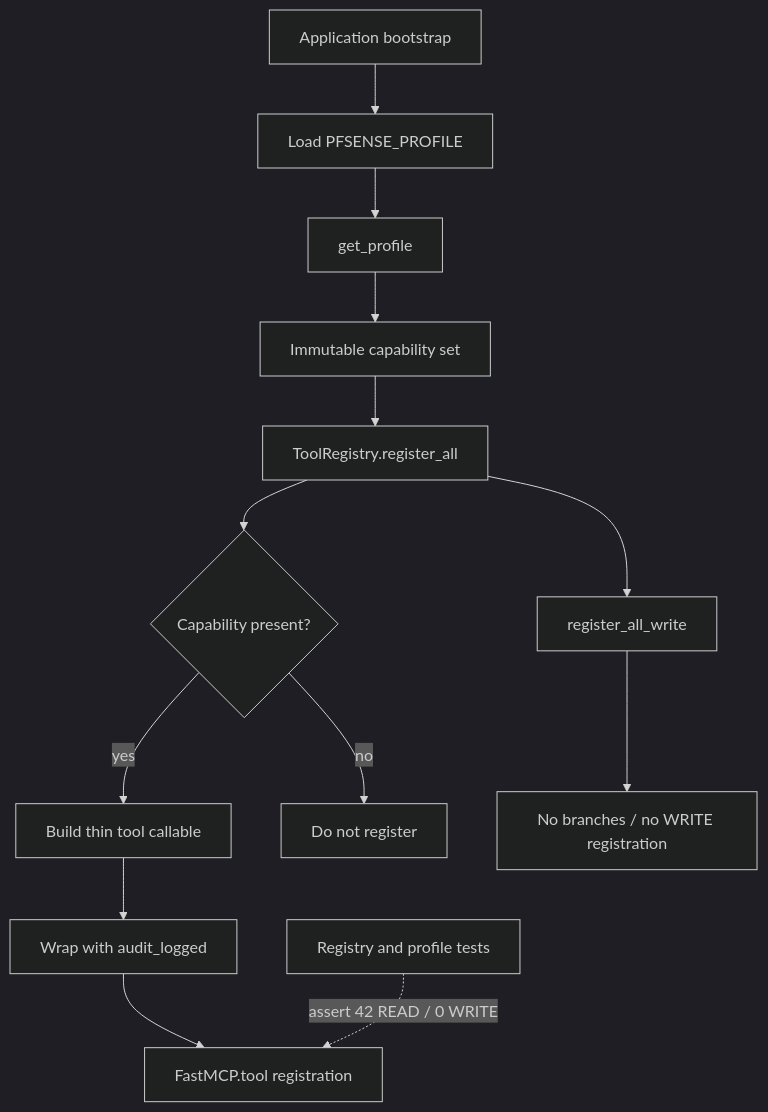
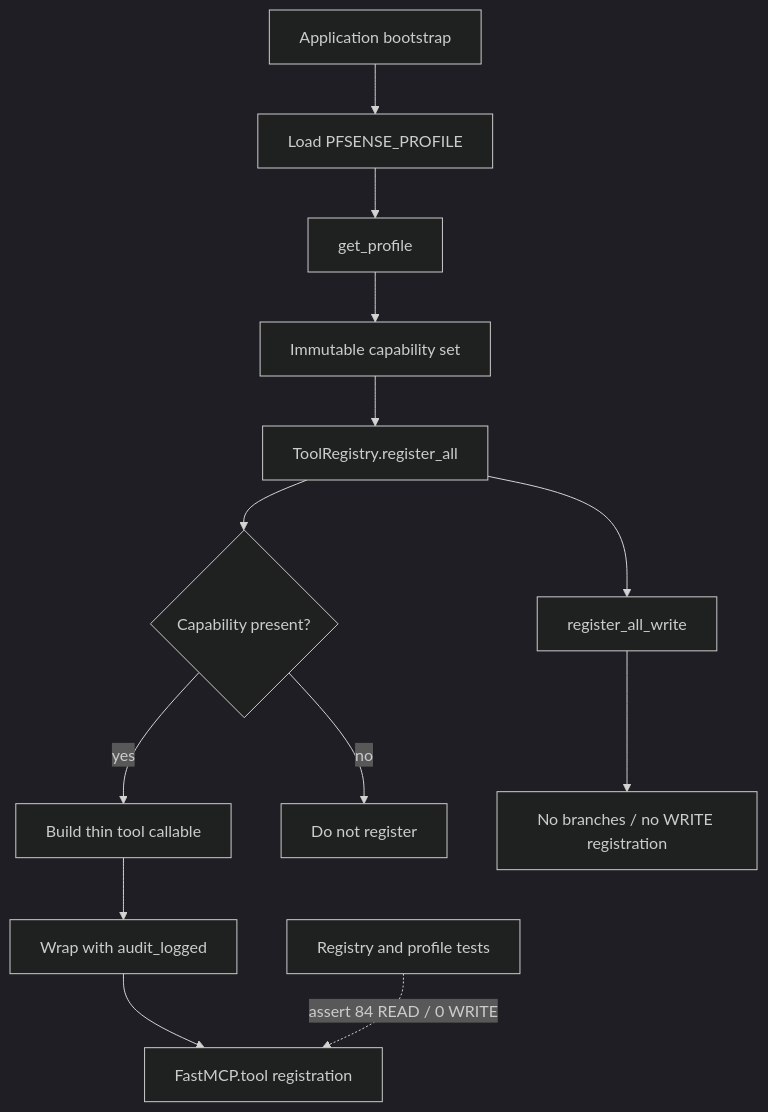
The third of 8 diagrams in docs/ARCHITECTURE_DIAGRAMS.md (night4me/pfsense-mcp-server), drawn with Mermaid (dark theme) before and after one commit. The commit also changed other lines of this file and 25 other files, not shown here.

````diff
--- a/docs/ARCHITECTURE_DIAGRAMS.md
+++ b/docs/ARCHITECTURE_DIAGRAMS.md
@@ -59,18 +59,18 @@
 ```mermaid
 flowchart TD
     Start[Application bootstrap] --> ProfileName[Load PFSENSE_PROFILE]
     ProfileName --> Profiles[get_profile]
     Profiles --> CapSet[Immutable capability set]
     CapSet --> Registry[ToolRegistry.register_all]
 
     Registry --> C1{Capability present?}
     C1 -->|yes| Build[Build thin tool callable]
     C1 -->|no| Skip[Do not register]
     Build --> Audit[Wrap with audit_logged]
     Audit --> MCP[FastMCP.tool registration]
 
     Registry --> WriteDispatch[register_all_write]
     WriteDispatch --> Empty[No branches / no WRITE registration]
 
-    Tests[Registry and profile tests] -. assert 42 READ / 0 WRITE .-> MCP
+    Tests[Registry and profile tests] -. assert 84 READ / 0 WRITE .-> MCP
 ```
````
